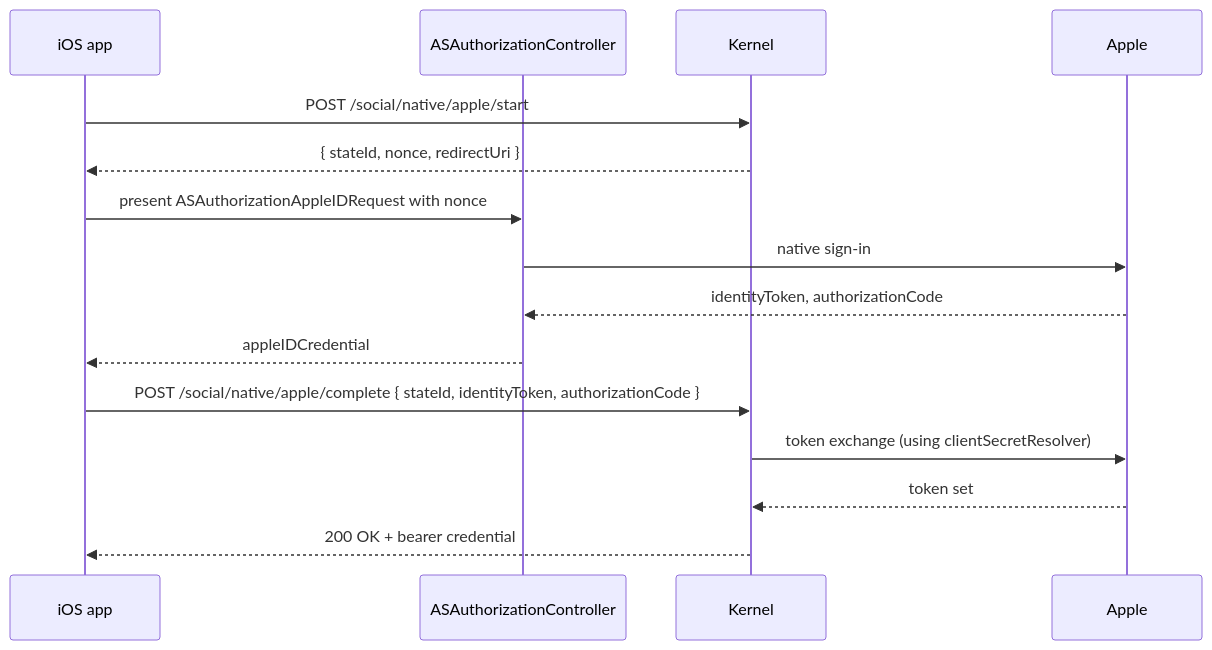
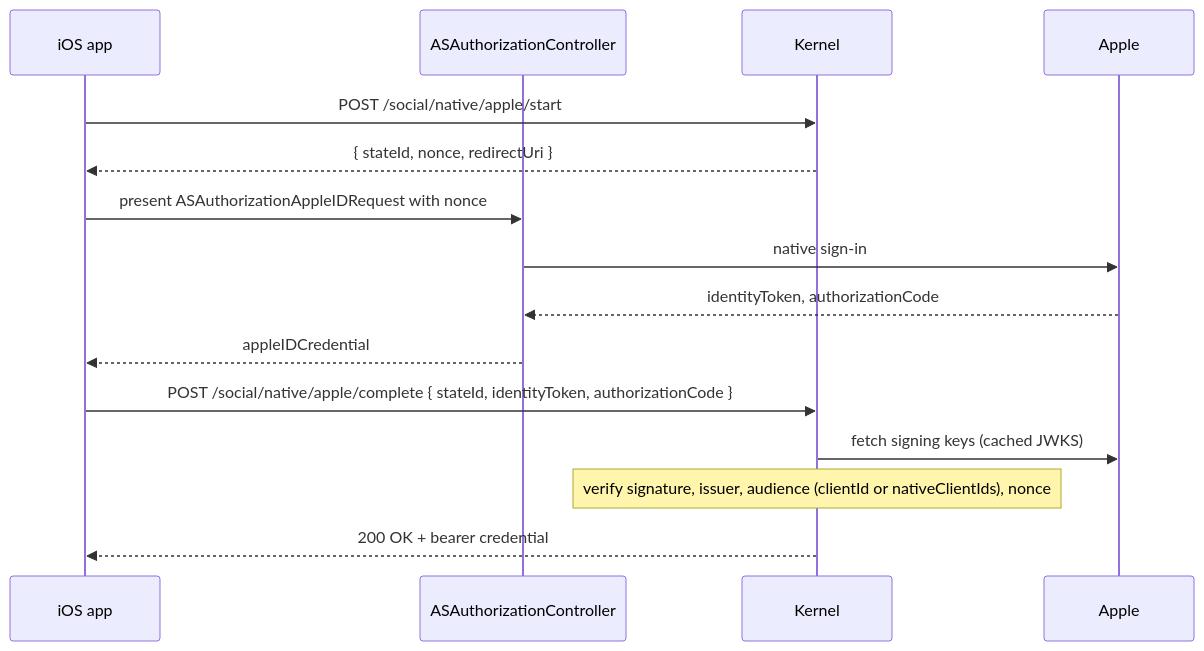
Before and after one commit to 21nCo/superfunctions: the second of 2 diagrams in authfn/docs/content/docs/plugins/social-oauth/apple.md, drawn with Mermaid. The commit also changed other lines of this file and 7 other files, not shown here.

First line of the commit message:
fix(authfn): take the Apple email only from the verified identity token (#388)

````diff
--- a/authfn/docs/content/docs/plugins/social-oauth/apple.md
+++ b/authfn/docs/content/docs/plugins/social-oauth/apple.md
@@ -79,18 +84,18 @@
 ```mermaid
 sequenceDiagram
   participant App as iOS app
   participant System as ASAuthorizationController
   participant Kernel
   participant Apple
 
   App->>Kernel: POST /social/native/apple/start
   Kernel-->>App: { stateId, nonce, redirectUri }
   App->>System: present ASAuthorizationAppleIDRequest with nonce
   System->>Apple: native sign-in
   Apple-->>System: identityToken, authorizationCode
   System-->>App: appleIDCredential
   App->>Kernel: POST /social/native/apple/complete { stateId, identityToken, authorizationCode }
-  Kernel->>Apple: token exchange (using clientSecretResolver)
-  Apple-->>Kernel: token set
+  Kernel->>Apple: fetch signing keys (cached JWKS)
+  Note over Kernel: verify signature, issuer, audience (clientId or nativeClientIds), nonce
   Kernel-->>App: 200 OK + bearer credential
 ```
````
